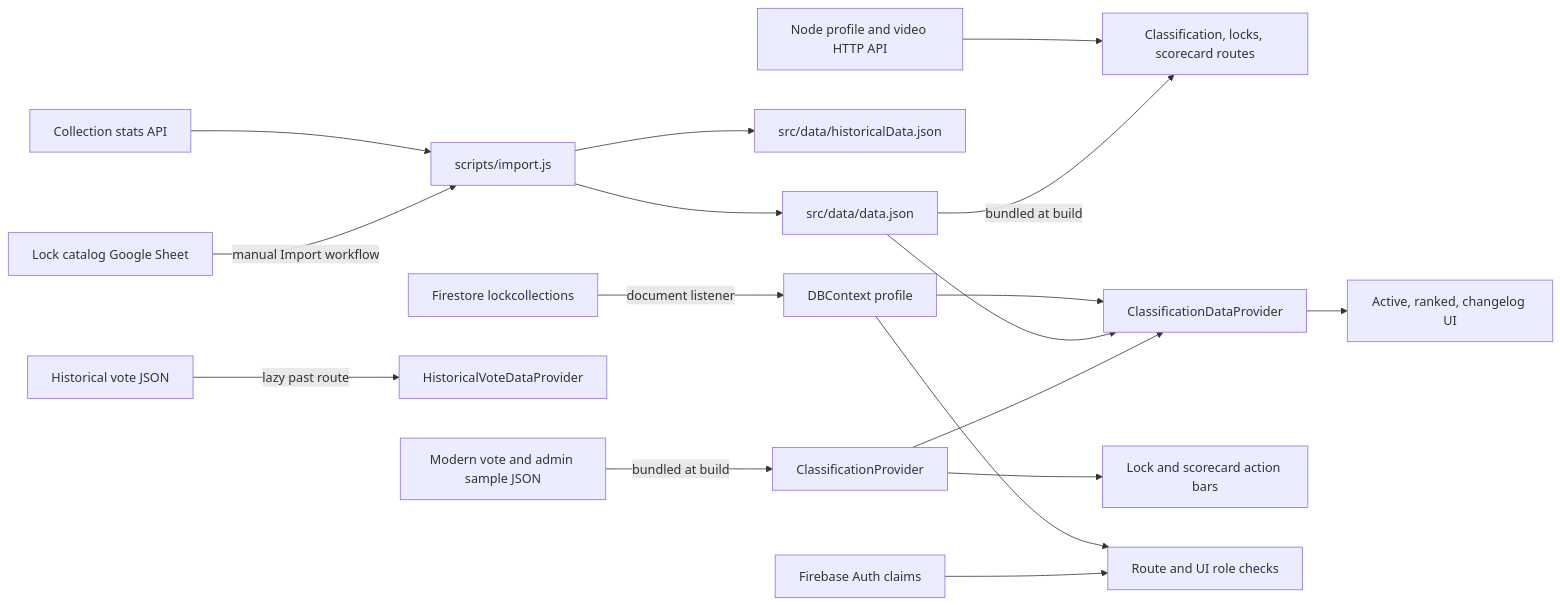
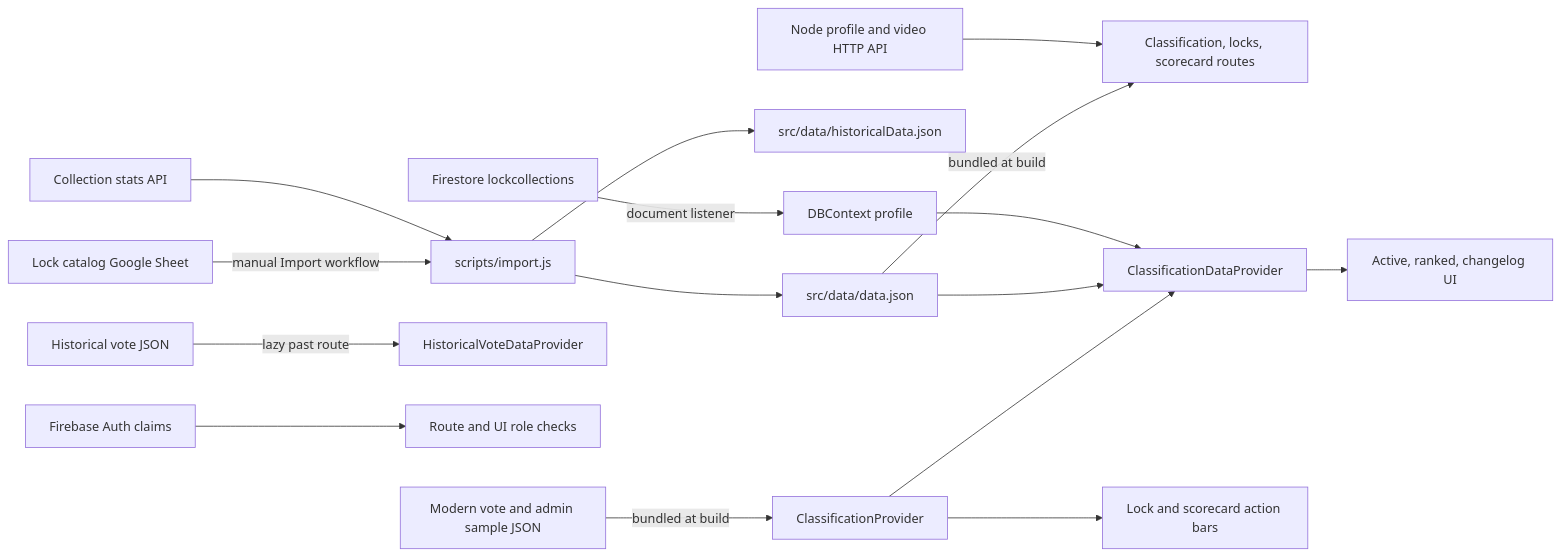
Before and after one commit to Lockpickers-United/lpu-belt-explorer: the diagram in internal-docs/classification-data-architecture-capabilities.md, drawn with Mermaid. The commit also changed other lines of this file and 4 other files, not shown here.

````diff
--- a/internal-docs/classification-data-architecture-capabilities.md
+++ b/internal-docs/classification-data-architecture-capabilities.md
@@ -7,19 +7,18 @@
 ```mermaid
 flowchart LR
     Sheet[Lock catalog Google Sheet] -->|manual Import workflow| Import[scripts/import.js]
     Stats[Collection stats API] --> Import
     Import --> Catalog[src/data/data.json]
     Import --> History[src/data/historicalData.json]
     Catalog -->|bundled at build| Routes[Classification, locks, scorecard routes]
     Sample[Modern vote and admin sample JSON] -->|bundled at build| CP[ClassificationProvider]
     Archive[Historical vote JSON] -->|lazy past route| HP[HistoricalVoteDataProvider]
     CP --> Rows[ClassificationDataProvider]
     Catalog --> Rows
     Rows --> UI[Active, ranked, changelog UI]
     CP --> Bars[Lock and scorecard action bars]
     Auth[Firebase Auth claims] --> Guard[Route and UI role checks]
     Firestore[Firestore lockcollections] -->|document listener| DB[DBContext profile]
-    DB --> Guard
     DB --> Rows
     API[Node profile and video HTTP API] --> Routes
 ```
````
